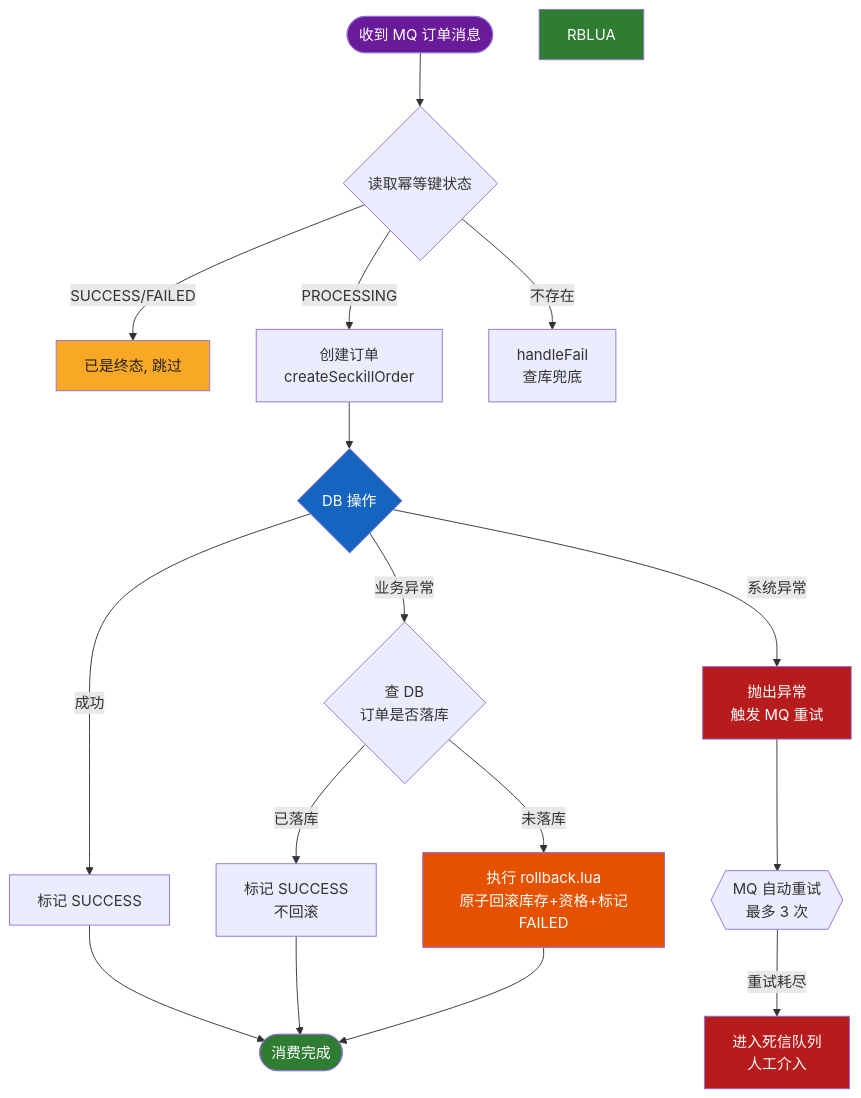
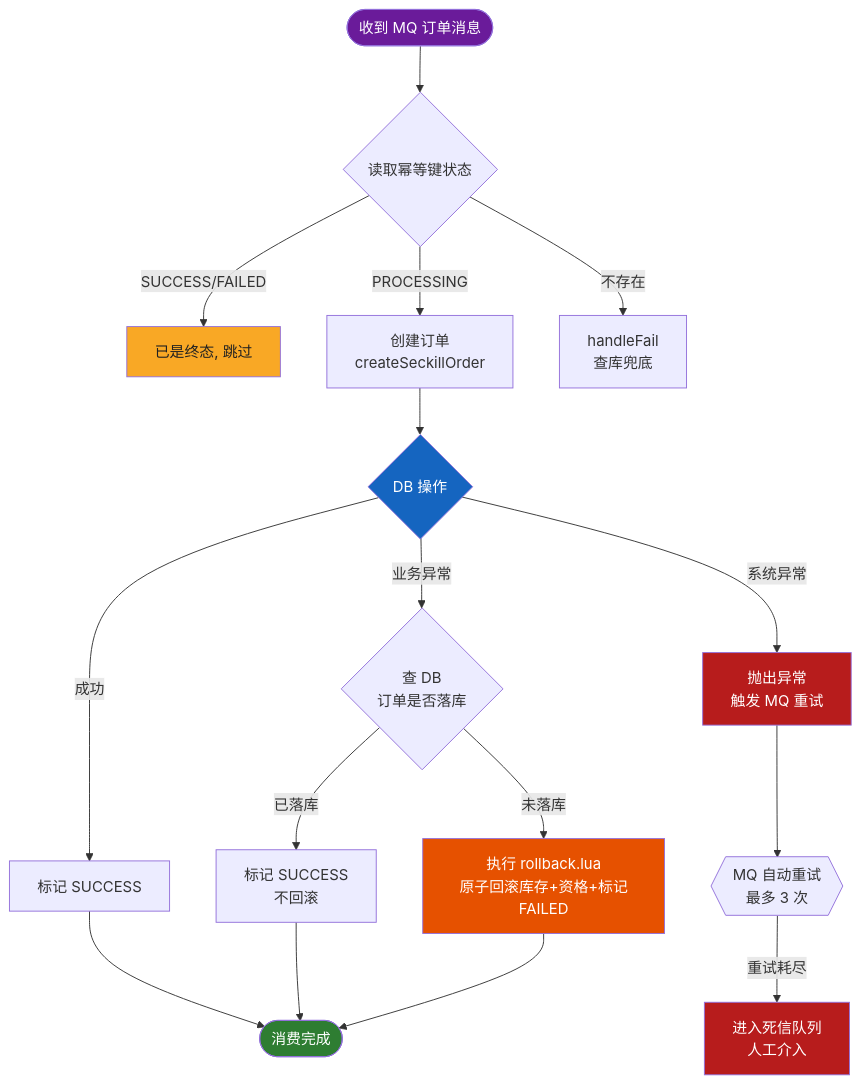
One commit to Shardkiht/FlashDeal changed the third of 3 diagrams in README.md. Above: the diagram before and after it, drawn with Mermaid. The commit also changed other lines of this file, not shown here.

First line of the commit message:
docs(architecture): 更新缓存设计和项目结构文档

````diff
--- a/README.md
+++ b/README.md
@@ -218,30 +218,29 @@
 ```mermaid
 flowchart TD
     MSG([收到 MQ 订单消息]) --> STATUS{读取幂等键状态}
     STATUS -->|SUCCESS/FAILED| SKIP[已是终态, 跳过]
     STATUS -->|PROCESSING| CREATE[创建订单<br/>createSeckillOrder]
     STATUS -->|不存在| HANDLEFAIL[handleFail<br/>查库兜底]
 
     CREATE --> DBSAVE{DB 操作}
     DBSAVE -->|成功| MARK[标记 SUCCESS]
     MARK --> DONE([消费完成])
 
     DBSAVE -->|业务异常| CHECK{查 DB<br/>订单是否落库}
     CHECK -->|已落库| MARK2[标记 SUCCESS<br/>不回滚]
     MARK2 --> DONE
     CHECK -->|未落库| RBLUA2[执行 rollback.lua<br/>原子回滚库存+资格+标记FAILED]
     RBLUA2 --> DONE
 
     DBSAVE -->|系统异常| THROW1[抛出异常<br/>触发 MQ 重试]
     THROW1 --> RETRY{{MQ 自动重试<br/>最多 3 次}}
     RETRY -->|重试耗尽| DLQ[进入死信队列<br/>人工介入]
 
     style MSG fill:#6a1b9a,color:#fff
     style DONE fill:#2e7d32,color:#fff
     style SKIP fill:#f9a825,color:#212121
     style THROW1 fill:#b71c1c,color:#fff
     style DLQ fill:#b71c1c,color:#fff
-    style RBLUA fill:#2e7d32,color:#fff
     style RBLUA2 fill:#e65100,color:#fff
     style DBSAVE fill:#1565c0,color:#fff
 ```
````
